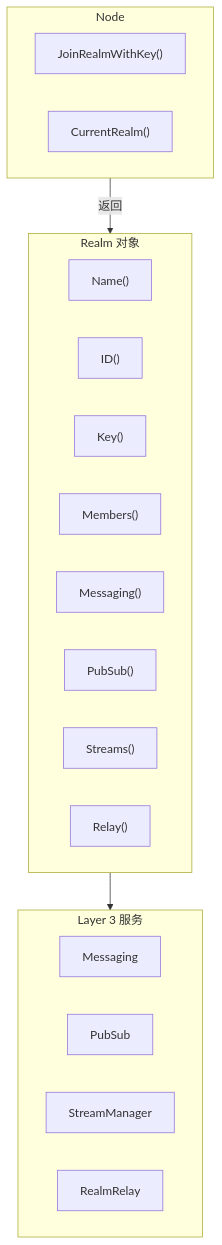
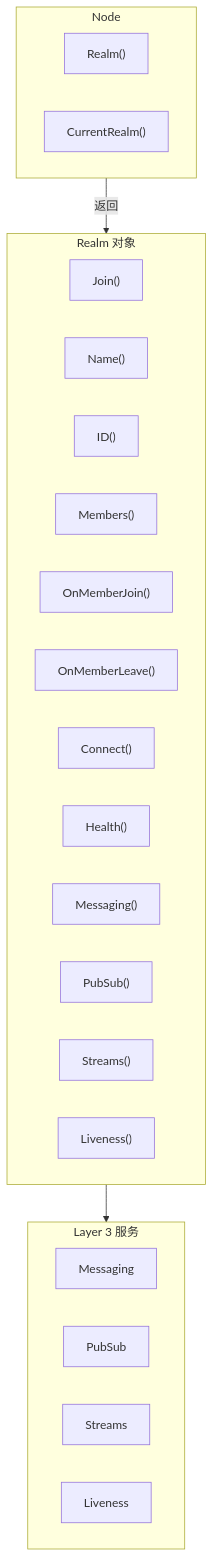
Before and after one commit to dep2p/go-dep2p: the first of 3 diagrams in docs/zh/reference/api/realm.md, drawn with Mermaid. The commit also changed other lines of this file and 2026 other files, not shown here.

````diff
--- a/docs/zh/reference/api/realm.md
+++ b/docs/zh/reference/api/realm.md
@@ -9,28 +9,32 @@
 ```mermaid
 flowchart TB
     subgraph Node [Node]
-        JoinRealmWithKey["JoinRealmWithKey()"]
+        Realm["Realm()"]
         CurrentRealm["CurrentRealm()"]
     end
     
-    subgraph Realm [Realm 对象]
+    subgraph RealmObj [Realm 对象]
+        Join["Join()"]
         Name["Name()"]
         ID["ID()"]
-        Key["Key()"]
         Members["Members()"]
+        OnMemberJoin["OnMemberJoin()"]
+        OnMemberLeave["OnMemberLeave()"]
+        Connect["Connect()"]
+        Health["Health()"]
         Messaging["Messaging()"]
         PubSub["PubSub()"]
         Streams["Streams()"]
-        Relay["Relay()"]
+        Liveness["Liveness()"]
     end
     
     subgraph Services [Layer 3 服务]
         Msg["Messaging"]
         PS["PubSub"]
-        SM["StreamManager"]
-        RR["RealmRelay"]
+        SM["Streams"]
+        LV["Liveness"]
     end
     
-    Node --> |"返回"| Realm
-    Realm --> Services
+    Node --> |"返回"| RealmObj
+    RealmObj --> Services
 ```
````
